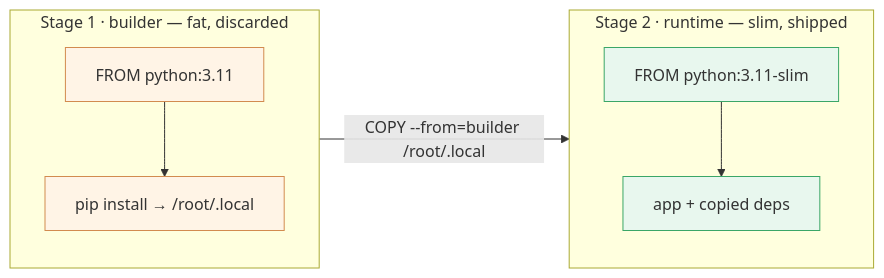
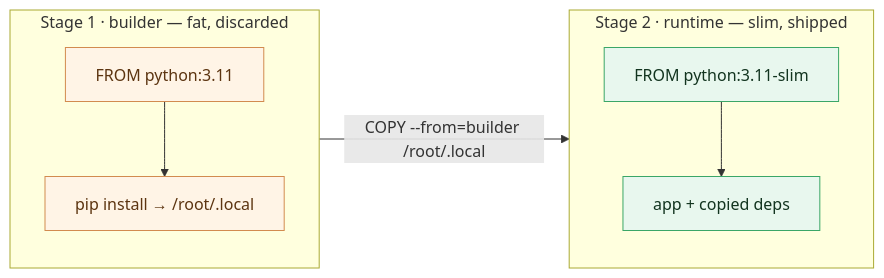
Before and after one commit to LinkedInLearning/docker-for-local-ai-app-development-build-lightweight-containerized-ai-applications-11189001: the third of 3 diagrams in chapter_2/l7/README.md, drawn with Mermaid. The commit also changed 25 other files, not shown here.

````diff
--- a/chapter_2/l7/README.md
+++ b/chapter_2/l7/README.md
@@ -313,18 +313,18 @@
 ```mermaid
 flowchart LR
     subgraph Builder["Stage 1 · builder — fat, discarded"]
         direction TB
         B1["FROM python:3.11"] --> B2["pip install → /root/.local"]
     end
     subgraph Runtime["Stage 2 · runtime — slim, shipped"]
         direction TB
         R1["FROM python:3.11-slim"] --> R2["app + copied deps"]
     end
     B2 -- "COPY --from=builder /root/.local" --> R2
 
-    classDef fat  fill:#fff4e6,stroke:#d28b4f,stroke-width:1px;
-    classDef slim fill:#e8f7ee,stroke:#3aa667,stroke-width:1px;
+    classDef fat  fill:#fff4e6,stroke:#d28b4f,stroke-width:1px,color:#5c3410;
+    classDef slim fill:#e8f7ee,stroke:#3aa667,stroke-width:1px,color:#12341f;
 
     class B1,B2 fat
     class R1,R2 slim
 ```
````
